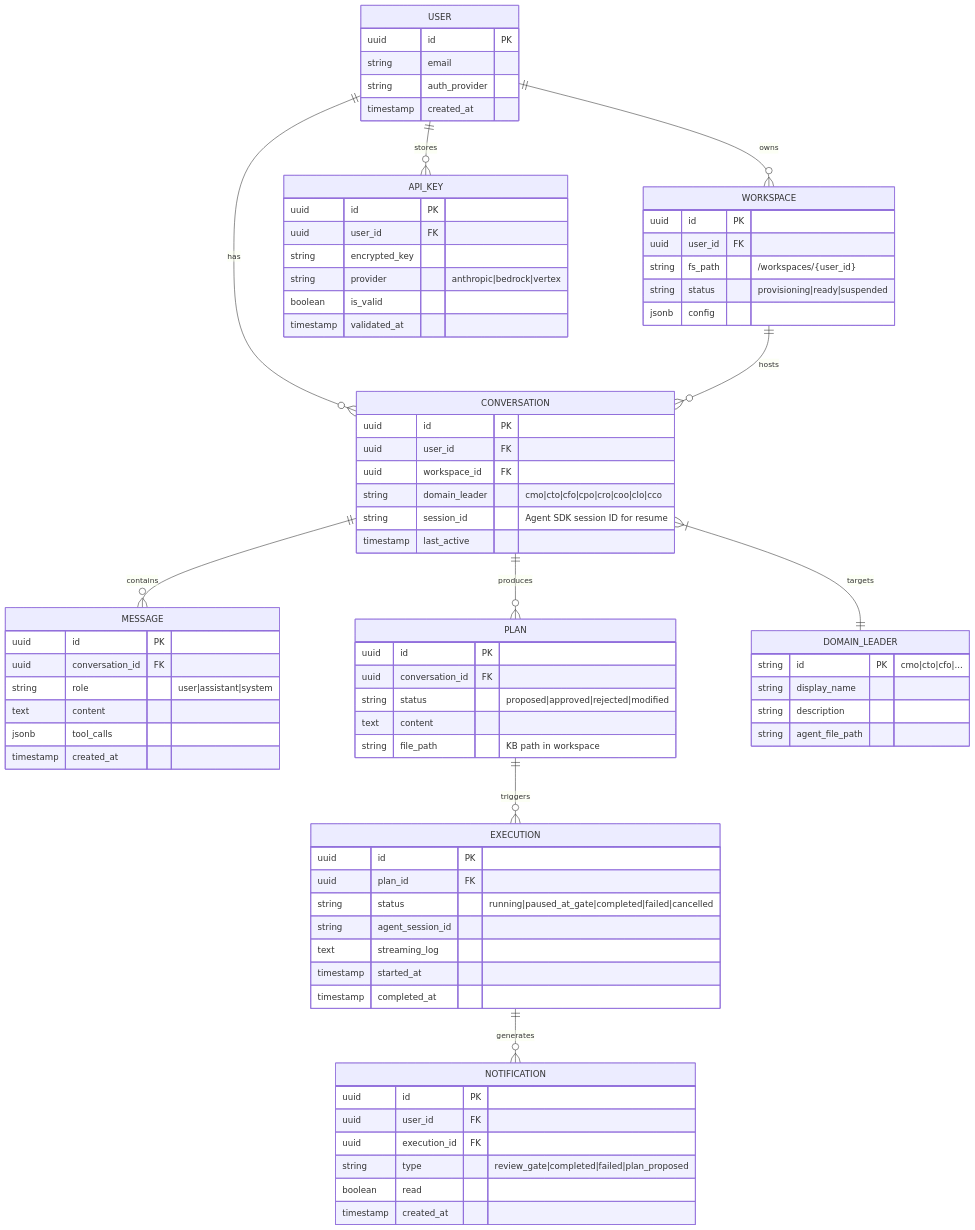
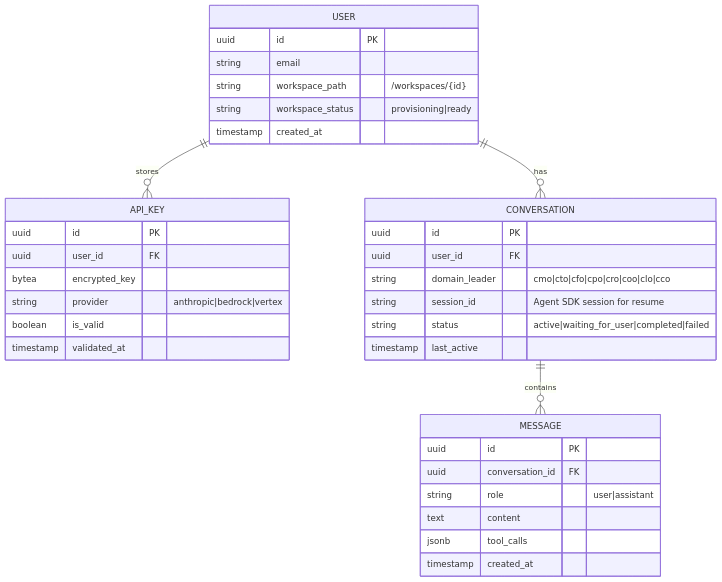
The diagram in knowledge-base/plans/2026-03-16-feat-web-platform-cloud-cli-engine-plan.md (jikig-ai/soleur), drawn with Mermaid before and after one commit. The commit also changed other lines of this file and 1 other file, not shown here.

First line of the commit message:
docs: apply plan review feedback — collapse to 3 phases

````diff
--- a/knowledge-base/plans/2026-03-16-feat-web-platform-cloud-cli-engine-plan.md
+++ b/knowledge-base/plans/2026-03-16-feat-web-platform-cloud-cli-engine-plan.md
@@ -119,80 +84,38 @@
 ```mermaid
 erDiagram
-    USER ||--o{ WORKSPACE : owns
     USER ||--o{ API_KEY : stores
     USER ||--o{ CONVERSATION : has
-    WORKSPACE ||--o{ CONVERSATION : hosts
     CONVERSATION ||--o{ MESSAGE : contains
-    CONVERSATION ||--o{ PLAN : produces
-    CONVERSATION }|--|| DOMAIN_LEADER : targets
-    PLAN ||--o{ EXECUTION : triggers
-    EXECUTION ||--o{ NOTIFICATION : generates
 
     USER {
         uuid id PK
         string email
-        string auth_provider
+        string workspace_path "/workspaces/{id}"
+        string workspace_status "provisioning|ready"
         timestamp created_at
     }
     API_KEY {
         uuid id PK
         uuid user_id FK
-        string encrypted_key
+        bytea encrypted_key
         string provider "anthropic|bedrock|vertex"
         boolean is_valid
         timestamp validated_at
     }
-    WORKSPACE {
-        uuid id PK
-        uuid user_id FK
-        string fs_path "/workspaces/{user_id}"
-        string status "provisioning|ready|suspended"
-        jsonb config
-    }
     CONVERSATION {
         uuid id PK
         uuid user_id FK
-        uuid workspace_id FK
         string domain_leader "cmo|cto|cfo|cpo|cro|coo|clo|cco"
-        string session_id "Agent SDK session ID for resume"
+        string session_id "Agent SDK session for resume"
+        string status "active|waiting_for_user|completed|failed"
         timestamp last_active
     }
     MESSAGE {
         uuid id PK
         uuid conversation_id FK
-        string role "user|assistant|system"
+        string role "user|assistant"
         text content
         jsonb tool_calls
         timestamp created_at
     }
-    PLAN {
-        uuid id PK
-        uuid conversation_id FK
-        string status "proposed|approved|rejected|modified"
-        text content
-        string file_path "KB path in workspace"
-    }
-    EXECUTION {
-        uuid id PK
-        uuid plan_id FK
-        string status "running|paused_at_gate|completed|failed|cancelled"
-        string agent_session_id
-        text streaming_log
-        timestamp started_at
-        timestamp completed_at
-    }
-    NOTIFICATION {
-        uuid id PK
-        uuid user_id FK
-        uuid execution_id FK
-        string type "review_gate|completed|failed|plan_proposed"
-        boolean read
-        timestamp created_at
-    }
-    DOMAIN_LEADER {
-        string id PK "cmo|cto|cfo|..."
-        string display_name
-        string description
-        string agent_file_path
-    }
 ```
````
